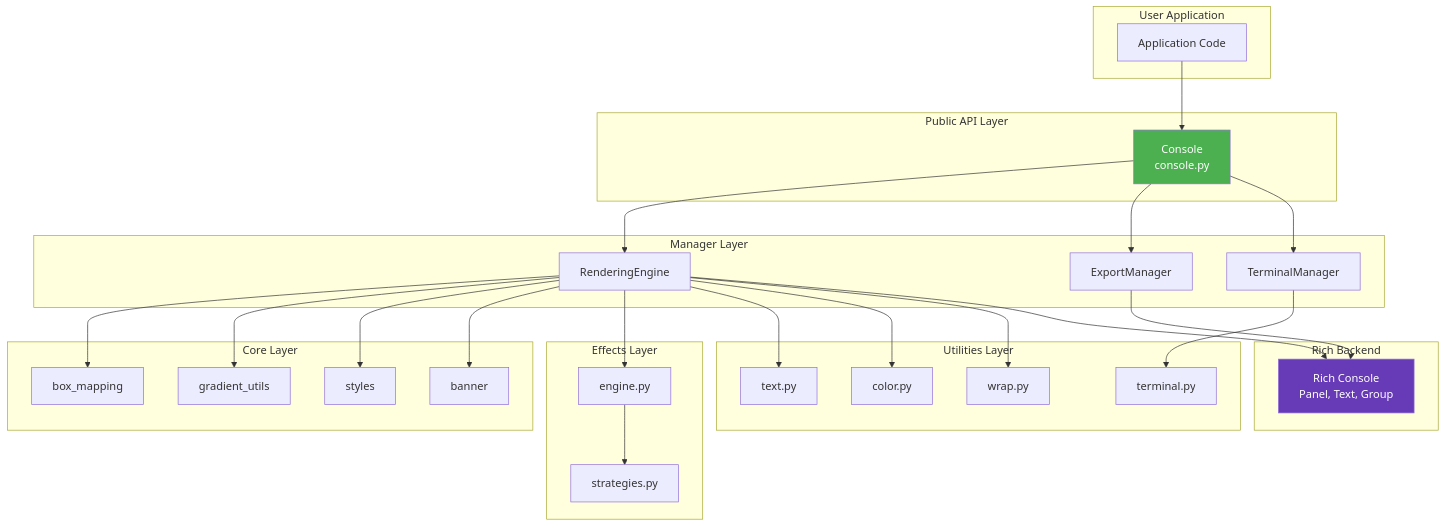
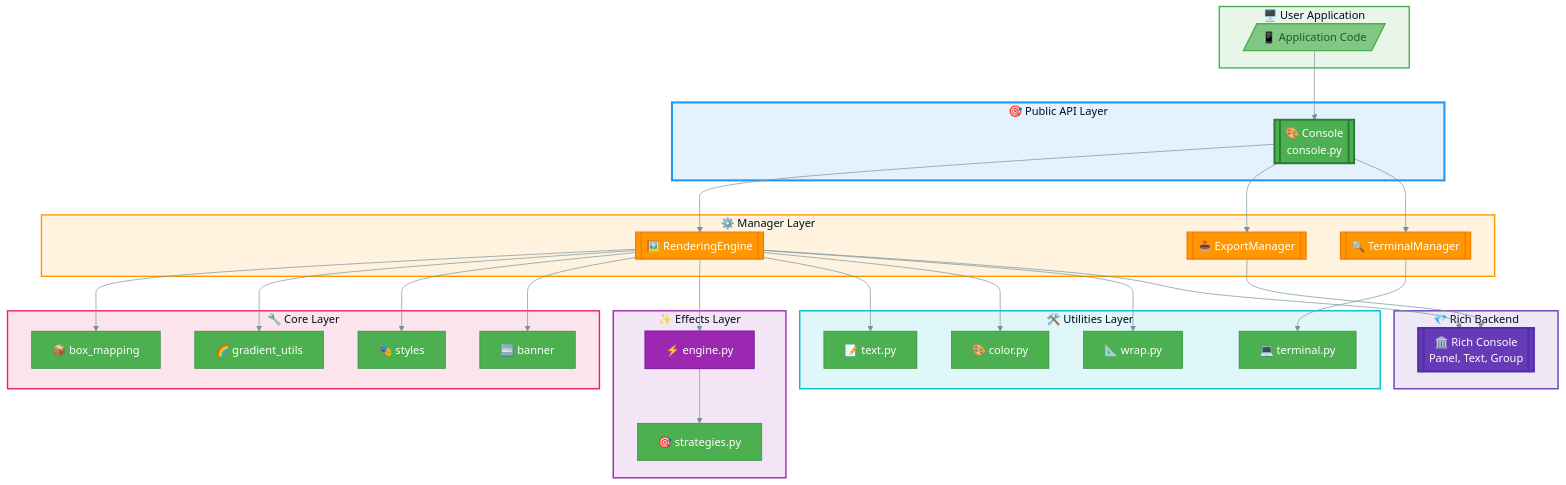
One commit to ksokolowski/StyledConsole changed the first of 11 diagrams in docs/DEVELOPER_GUIDE.md. Above: the diagram before and after it, drawn with Mermaid. The commit also changed other lines of this file, not shown here.

Commit message:
docs: enhance Mermaid diagrams with colors, emojis, and Material Design styling

````diff
--- a/docs/DEVELOPER_GUIDE.md
+++ b/docs/DEVELOPER_GUIDE.md
@@ -25,59 +25,73 @@
 ```mermaid
+%%{init: {'theme': 'base', 'themeVariables': { 'primaryColor': '#4CAF50', 'primaryTextColor': '#fff', 'primaryBorderColor': '#388E3C', 'lineColor': '#78909C', 'secondaryColor': '#E3F2FD', 'tertiaryColor': '#FFF3E0'}}}%%
 flowchart TB
-    subgraph User["User Application"]
-        APP[Application Code]
+    subgraph User["🖥️ User Application"]
+        APP[/"📱 Application Code"/]
     end
 
-    subgraph Facade["Public API Layer"]
-        CONSOLE[Console<br/>console.py]
+    subgraph Facade["🎯 Public API Layer"]
+        CONSOLE[["🎨 Console<br/>console.py"]]
     end
 
-    subgraph Managers["Manager Layer"]
-        RE[RenderingEngine]
-        EM[ExportManager]
-        TM[TerminalManager]
+    subgraph Managers["⚙️ Manager Layer"]
+        RE[["🖼️ RenderingEngine"]]
+        EM[["📤 ExportManager"]]
+        TM[["🔍 TerminalManager"]]
     end
 
-    subgraph Core["Core Layer"]
-        BM[box_mapping]
-        GU[gradient_utils]
-        ST[styles]
-        BN[banner]
+    subgraph Core["🔧 Core Layer"]
+        BM[📦 box_mapping]
+        GU[🌈 gradient_utils]
+        ST[🎭 styles]
+        BN[🔤 banner]
     end
 
-    subgraph Effects["Effects Layer"]
-        ENG[engine.py]
-        STR[strategies.py]
+    subgraph Effects["✨ Effects Layer"]
+        ENG[⚡ engine.py]
+        STR[🎯 strategies.py]
     end
 
-    subgraph Utils["Utilities Layer"]
-        TXT[text.py]
-        CLR[color.py]
-        WRP[wrap.py]
-        TRM[terminal.py]
+    subgraph Utils["🛠️ Utilities Layer"]
+        TXT[📝 text.py]
+        CLR[🎨 color.py]
+        WRP[📐 wrap.py]
+        TRM[💻 terminal.py]
     end
 
-    subgraph Backend["Rich Backend"]
-        RICH[Rich Console<br/>Panel, Text, Group]
+    subgraph Backend["💎 Rich Backend"]
+        RICH[["🏛️ Rich Console<br/>Panel, Text, Group"]]
     end
 
     APP --> CONSOLE
     CONSOLE --> RE
     CONSOLE --> EM
     CONSOLE --> TM
     RE --> BM
     RE --> GU
     RE --> ST
     RE --> BN
     RE --> ENG
     ENG --> STR
     RE --> TXT
     RE --> CLR
     RE --> WRP
     TM --> TRM
     RE --> RICH
     EM --> RICH
 
-    style CONSOLE fill:#4CAF50,color:#fff
-    style RICH fill:#673AB7,color:#fff
+    style User fill:#E8F5E9,stroke:#4CAF50,stroke-width:2px
+    style Facade fill:#E3F2FD,stroke:#2196F3,stroke-width:3px
+    style Managers fill:#FFF3E0,stroke:#FF9800,stroke-width:2px
+    style Core fill:#FCE4EC,stroke:#E91E63,stroke-width:2px
+    style Effects fill:#F3E5F5,stroke:#9C27B0,stroke-width:2px
+    style Utils fill:#E0F7FA,stroke:#00BCD4,stroke-width:2px
+    style Backend fill:#EDE7F6,stroke:#673AB7,stroke-width:2px
+
+    style CONSOLE fill:#4CAF50,color:#fff,stroke:#2E7D32,stroke-width:3px
+    style RE fill:#FF9800,color:#fff,stroke:#F57C00,stroke-width:2px
+    style EM fill:#FF9800,color:#fff,stroke:#F57C00,stroke-width:2px
+    style TM fill:#FF9800,color:#fff,stroke:#F57C00,stroke-width:2px
+    style RICH fill:#673AB7,color:#fff,stroke:#512DA8,stroke-width:3px
+    style ENG fill:#9C27B0,color:#fff,stroke:#7B1FA2,stroke-width:2px
+    style APP fill:#81C784,color:#1B5E20,stroke:#4CAF50,stroke-width:2px
 ```
````
